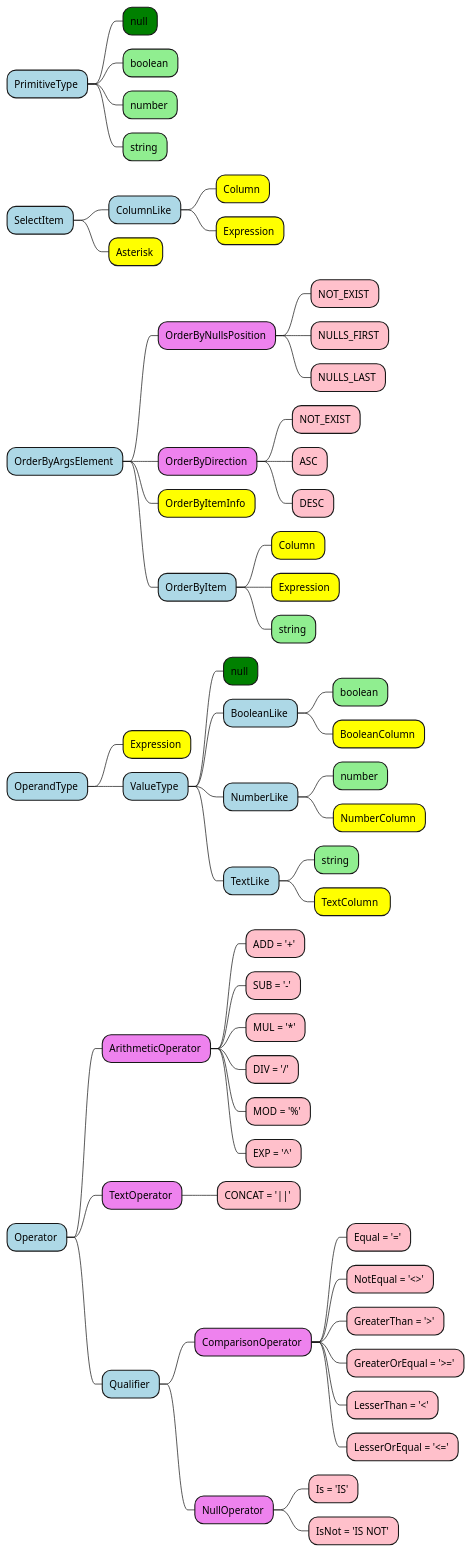
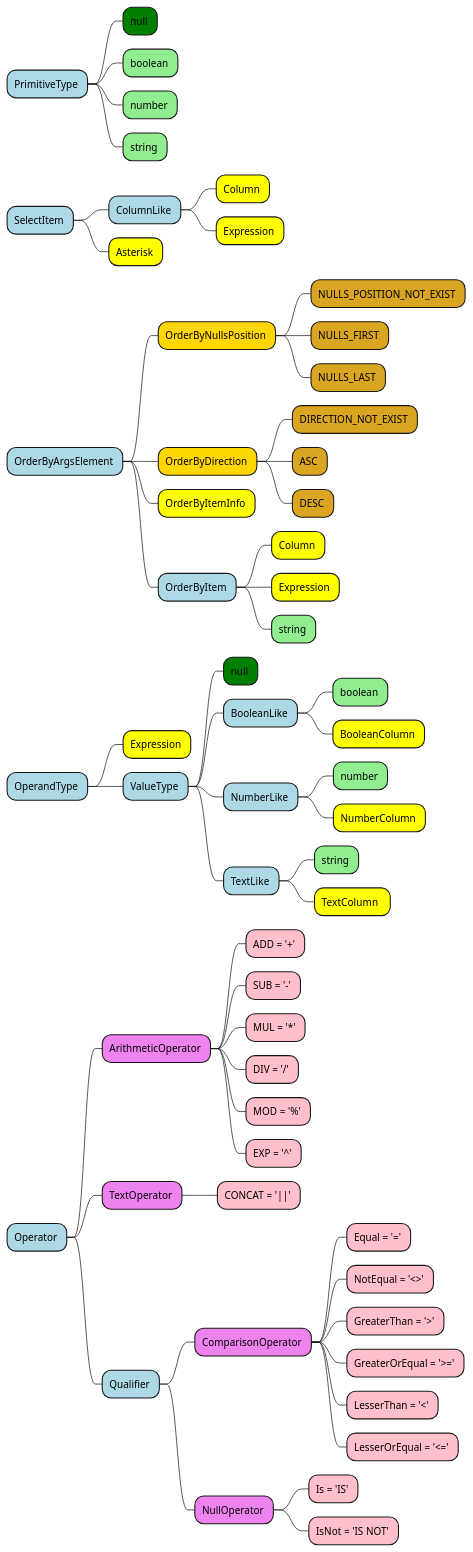
Before and after one commit to amerharb/sedk: the diagram in doc/Types.puml, drawn with PlantUML.

Commit message:
update types plantUml

```diff
--- a/doc/Types.puml
+++ b/doc/Types.puml
@@ -1,89 +1,95 @@
 @startmindmap
 
 <style>
 mindmapDiagram {
   .primitive {
-    BackgroundColor lightgreen
+    BackgroundColor #lightgreen
   }
   .type {
     BackgroundColor #lightblue
   }
+  .abstractClass {
+    BackgroundColor #Gold
+  }
+  .singleToneClass {
+    BackgroundColor #GoldenRod
+  }
   .class {
-    BackgroundColor #yellow
+    BackgroundColor #Yellow
   }
   .null {
     BackgroundColor #green
   }
   .enum {
     BackgroundColor #violet
   }
   .enumItem {
     BackgroundColor #pink
   }
 }
 </style>
 
 * PrimitiveType <<type>>
 ** null <<null>>
 ** boolean <<primitive>>
 ** number <<primitive>>
 ** string <<primitive>>
 
 * SelectItem <<type>>
 ** ColumnLike <<type>>
 *** Column <<class>>
 *** Expression <<class>>
 ** Asterisk <<class>>
 
 * OrderByArgsElement <<type>>
-** OrderByNullsPosition <<enum>>
-*** NOT_EXIST <<enumItem>>
-*** NULLS_FIRST <<enumItem>>
-*** NULLS_LAST <<enumItem>>
-** OrderByDirection <<enum>>
-*** NOT_EXIST <<enumItem>>
-*** ASC <<enumItem>>
-*** DESC <<enumItem>>
+** OrderByNullsPosition <<abstractClass>>
+*** NULLS_POSITION_NOT_EXIST <<singleToneClass>>
+*** NULLS_FIRST <<singleToneClass>>
+*** NULLS_LAST <<singleToneClass>>
+** OrderByDirection <<abstractClass>>
+*** DIRECTION_NOT_EXIST <<singleToneClass>>
+*** ASC <<singleToneClass>>
+*** DESC <<singleToneClass>>
 ** OrderByItemInfo <<class>>
 ** OrderByItem <<type>>
 *** Column <<class>>
 *** Expression <<class>>
 *** string <<primitive>>
 
 * OperandType <<type>>
 ** Expression <<class>>
 ** ValueType <<type>>
 *** null <<null>>
 *** BooleanLike <<type>>
 **** boolean <<primitive>>
 **** BooleanColumn <<class>>
 *** NumberLike <<type>>
 **** number <<primitive>>
 **** NumberColumn <<class>>
 *** TextLike <<type>>
 **** string <<primitive>>
 **** TextColumn  <<class>>
 
 * Operator <<type>>
 ** ArithmeticOperator <<enum>>
 *** ADD = '+' <<enumItem>>
 *** SUB = '-' <<enumItem>>
 *** MUL = '*' <<enumItem>>
 *** DIV = '/' <<enumItem>>
 *** MOD = '%' <<enumItem>>
 *** EXP = '^' <<enumItem>>
 ** TextOperator <<enum>>
 *** CONCAT = '||' <<enumItem>>
 ** Qualifier <<type>>
 *** ComparisonOperator <<enum>>
 **** Equal = '=' <<enumItem>>
 **** NotEqual = '<>' <<enumItem>>
 **** GreaterThan = '>' <<enumItem>>
 **** GreaterOrEqual = '>=' <<enumItem>>
 **** LesserThan = '<' <<enumItem>>
 **** LesserOrEqual = '<=' <<enumItem>>
 *** NullOperator <<enum>>
 **** Is = 'IS' <<enumItem>>
 **** IsNot = 'IS NOT' <<enumItem>>
 
 @endmindmap
```
